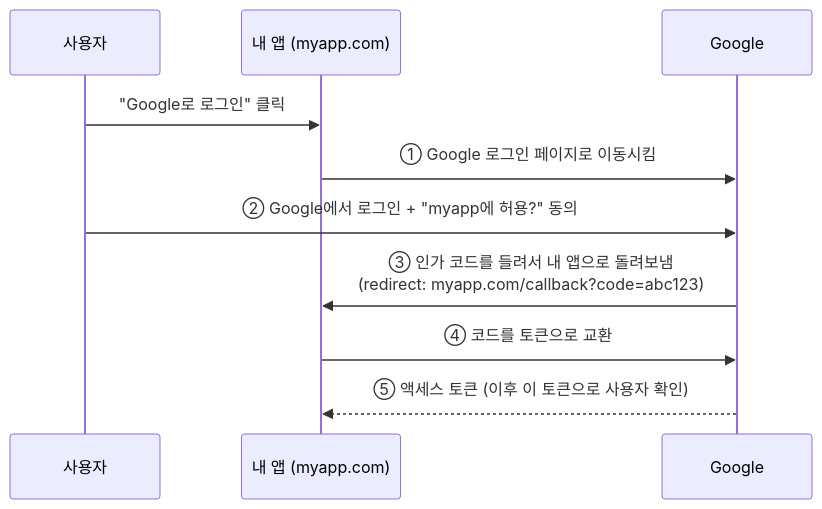
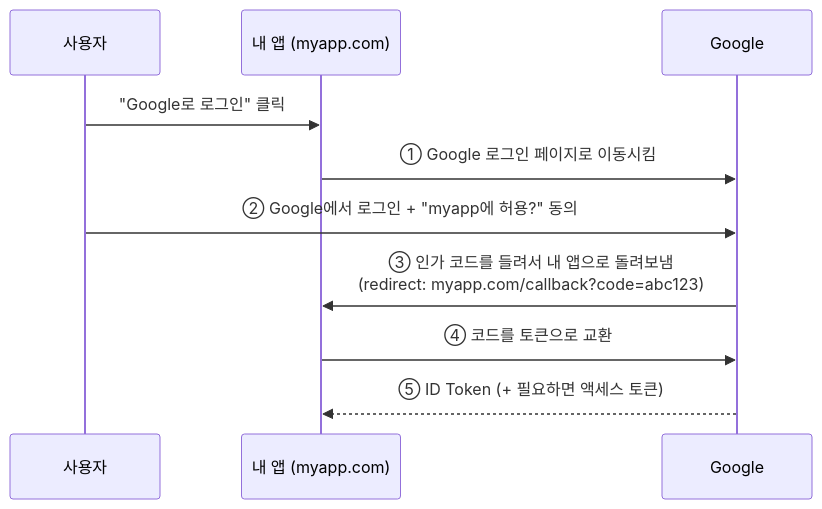
The second of 2 diagrams in src/content/docs/web/11-security.mdx (mechurak/study-starlight), drawn with Mermaid before and after one commit. The commit also changed other lines of this file and 27 other files, not shown here.

````diff
--- a/src/content/docs/web/11-security.mdx
+++ b/src/content/docs/web/11-security.mdx
@@ -96,13 +97,13 @@
 ```mermaid
 sequenceDiagram
     participant U as 사용자
     participant A as 내 앱 (myapp.com)
     participant G as Google
 
     U->>A: "Google로 로그인" 클릭
     A->>G: ① Google 로그인 페이지로 이동시킴
     U->>G: ② Google에서 로그인 + "myapp에 허용?" 동의
     G->>A: ③ 인가 코드를 들려서 내 앱으로 돌려보냄<br/>(redirect: myapp.com/callback?code=abc123)
     A->>G: ④ 코드를 토큰으로 교환
-    G-->>A: ⑤ 액세스 토큰 (이후 이 토큰으로 사용자 확인)
+    G-->>A: ⑤ ID Token (+ 필요하면 액세스 토큰)
 ```
````
